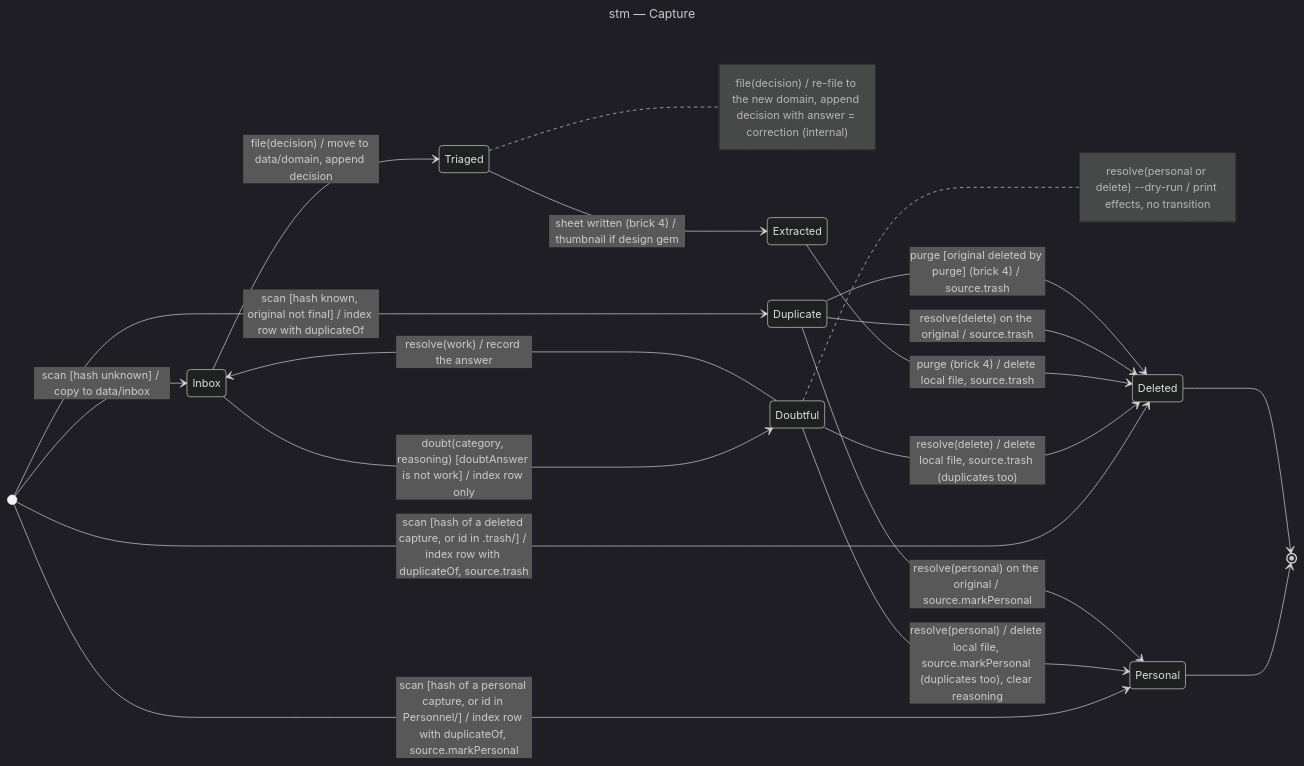
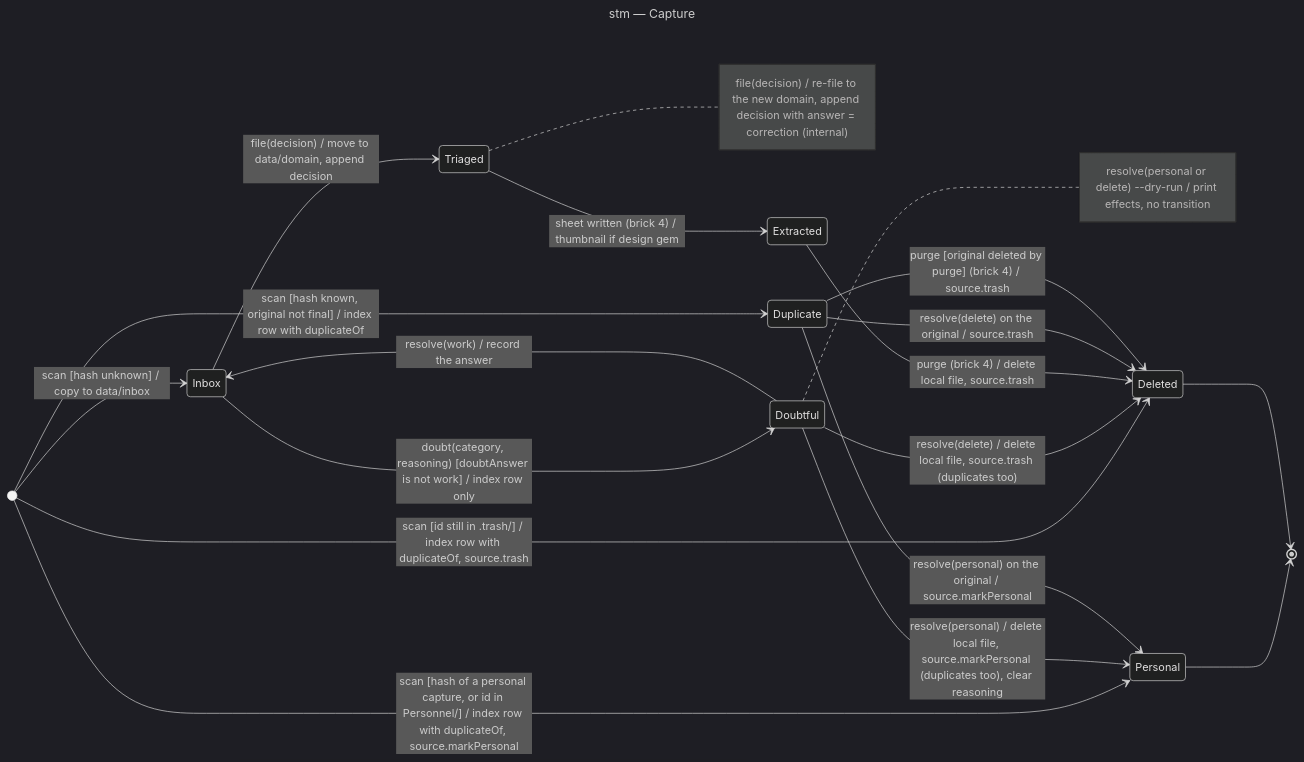
Before and after one commit to benoit-bremaud/screenshot-triage: the diagram in docs/architecture/diagrams/triage/05-state-capture.md, drawn with Mermaid (dark theme). The commit also changed other lines of this file and 6 other files, not shown here.

First line of the commit message:
docs(triage/architecture): list Personnel ids only and let a restored file be triaged again

````diff
--- a/docs/architecture/diagrams/triage/05-state-capture.md
+++ b/docs/architecture/diagrams/triage/05-state-capture.md
@@ -13,29 +13,29 @@
 ```mermaid
 ---
 title: stm — Capture
 ---
 stateDiagram-v2
   direction LR
   [*] --> Inbox: scan [hash unknown] / copy to data/inbox
   [*] --> Duplicate: scan [hash known, original not final] / index row with duplicateOf
   [*] --> Personal: scan [hash of a personal capture, or id in Personnel/] / index row with duplicateOf, source.markPersonal
-  [*] --> Deleted: scan [hash of a deleted capture, or id in .trash/] / index row with duplicateOf, source.trash
+  [*] --> Deleted: scan [id still in .trash/] / index row with duplicateOf, source.trash
   Inbox --> Triaged: file(decision) / move to data/domain, append decision
   Inbox --> Doubtful: doubt(category, reasoning) [doubtAnswer is not work] / index row only
   Doubtful --> Inbox: resolve(work) / record the answer
   Doubtful --> Personal: resolve(personal) / delete local file, source.markPersonal (duplicates too), clear reasoning
   Doubtful --> Deleted: resolve(delete) / delete local file, source.trash (duplicates too)
   Triaged --> Extracted: sheet written (brick 4) / thumbnail if design gem
   Extracted --> Deleted: purge (brick 4) / delete local file, source.trash
   Duplicate --> Personal: resolve(personal) on the original / source.markPersonal
   Duplicate --> Deleted: resolve(delete) on the original / source.trash
   Duplicate --> Deleted: purge [original deleted by purge] (brick 4) / source.trash
   Personal --> [*]
   Deleted --> [*]
   note right of Triaged
     file(decision) / re-file to the new domain, append decision with answer = correction (internal)
   end note
   note right of Doubtful
     resolve(personal or delete) --dry-run / print effects, no transition
   end note
 ```
````
